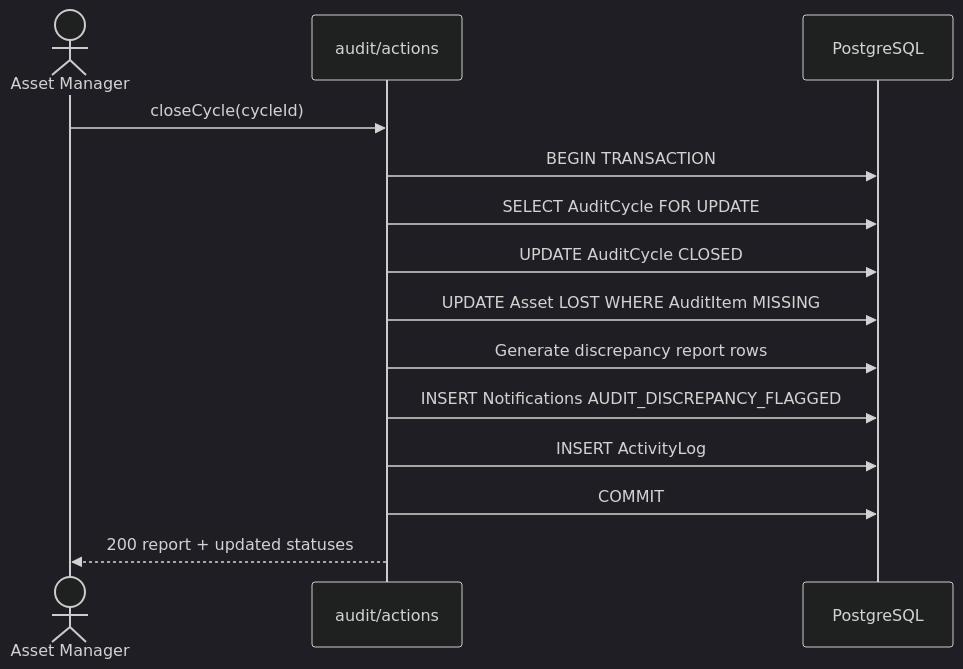
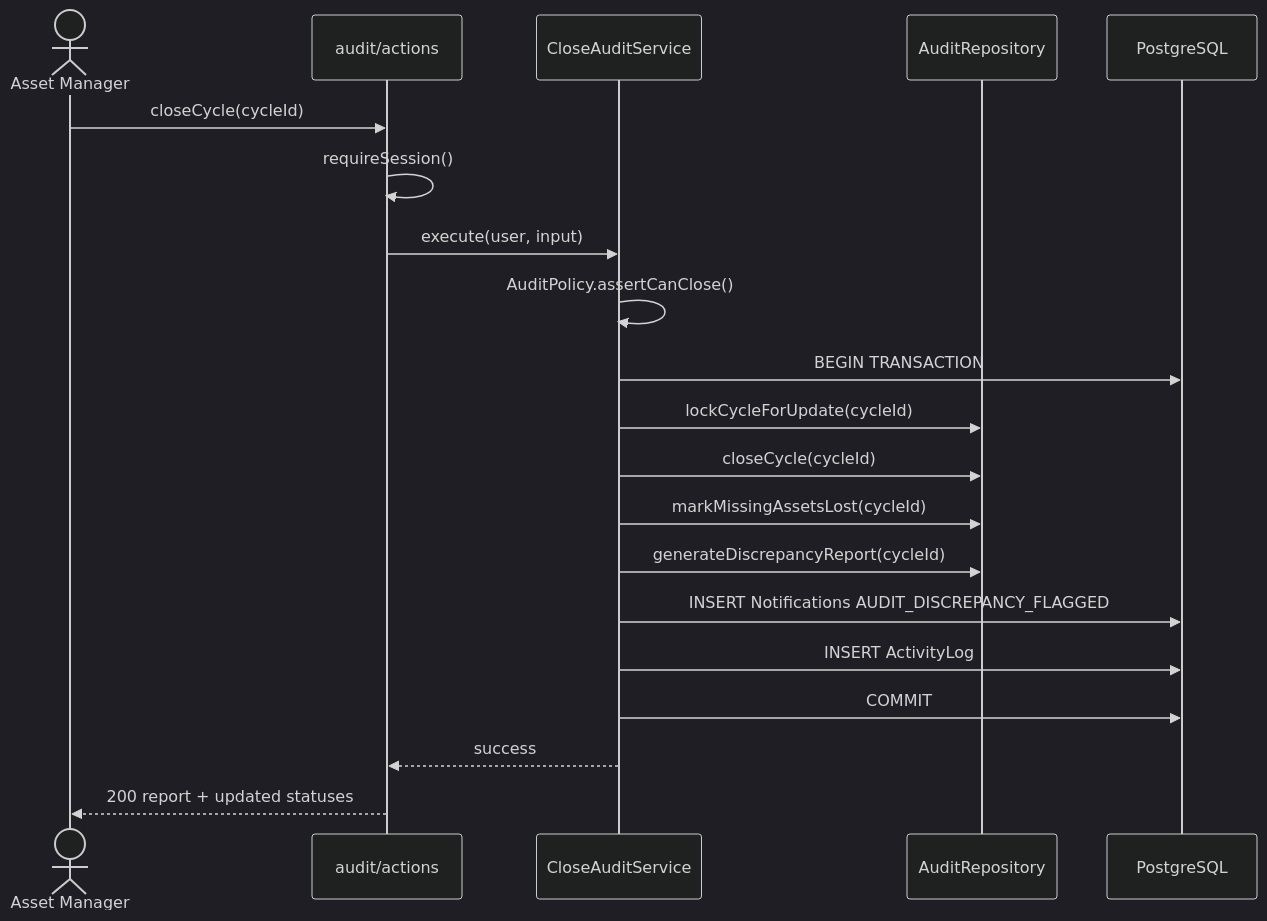
Before and after one commit to Shivayaagrawal/assetflow: the sixth of 8 diagrams in docs/lld.md, drawn with Mermaid (dark theme). The commit also changed other lines of this file and 16 other files, not shown here.

First line of the commit message:
feat(shared): Odoo dynamic data alignment and architecture enforcement

````diff
--- a/docs/lld.md
+++ b/docs/lld.md
@@ -391,17 +417,23 @@
 ```mermaid
 sequenceDiagram
   actor AM as Asset Manager
   participant Action as audit/actions
+  participant Service as CloseAuditService
+  participant Repo as AuditRepository
   participant DB as PostgreSQL
 
   AM->>Action: closeCycle(cycleId)
-  Action->>DB: BEGIN TRANSACTION
-  Action->>DB: SELECT AuditCycle FOR UPDATE
-  Action->>DB: UPDATE AuditCycle CLOSED
-  Action->>DB: UPDATE Asset LOST WHERE AuditItem MISSING
-  Action->>DB: Generate discrepancy report rows
-  Action->>DB: INSERT Notifications AUDIT_DISCREPANCY_FLAGGED
-  Action->>DB: INSERT ActivityLog
-  Action->>DB: COMMIT
+  Action->>Action: requireSession()
+  Action->>Service: execute(user, input)
+  Service->>Service: AuditPolicy.assertCanClose()
+  Service->>DB: BEGIN TRANSACTION
+  Service->>Repo: lockCycleForUpdate(cycleId)
+  Service->>Repo: closeCycle(cycleId)
+  Service->>Repo: markMissingAssetsLost(cycleId)
+  Service->>Repo: generateDiscrepancyReport(cycleId)
+  Service->>DB: INSERT Notifications AUDIT_DISCREPANCY_FLAGGED
+  Service->>DB: INSERT ActivityLog
+  Service->>DB: COMMIT
+  Service-->>Action: success
   Action-->>AM: 200 report + updated statuses
 ```
````
